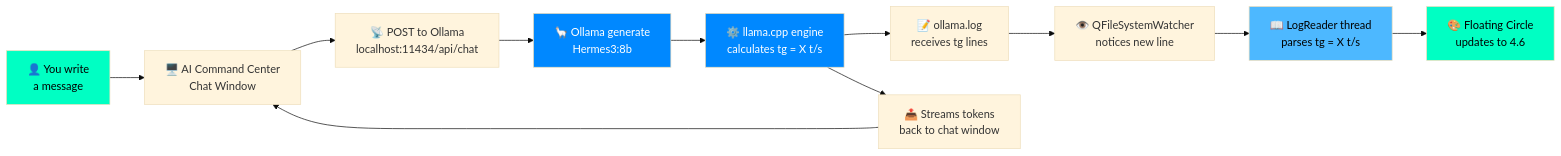
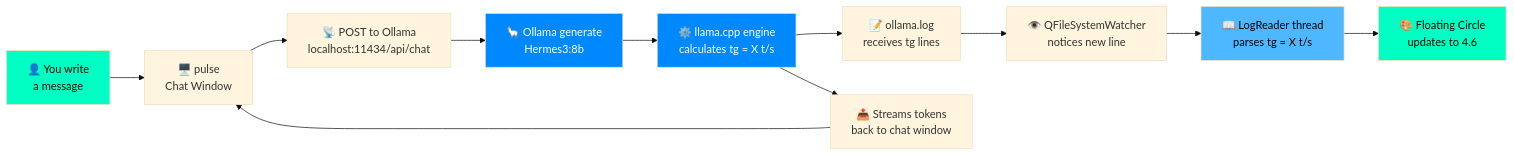
The first of 4 diagrams in README.md (zainosta/pulse), drawn with Mermaid (base theme) before and after one commit. The commit also changed other lines of this file, not shown here.

````diff
--- a/README.md
+++ b/README.md
@@ -93,21 +93,21 @@
 ```mermaid
 flowchart LR
-    A[👤 You write<br/>a message] --> B[🖥️ AI Command Center<br/>Chat Window]
+    A[👤 You write<br/>a message] --> B[🖥️ pulse<br/>Chat Window]
     B --> C[📡 POST to Ollama<br/>localhost:11434/api/chat]
     C --> D[🦙 Ollama generate<br/>Hermes3:8b]
     D --> E[⚙️ llama.cpp engine<br/>calculates tg = X t/s]
     E --> F[📝 ollama.log<br/>receives tg lines]
     E --> G[📤 Streams tokens<br/>back to chat window]
 
     F --> H[👁️ QFileSystemWatcher<br/>notices new line]
     H --> I[📖 LogReader thread<br/>parses tg = X t/s]
     I --> J[🎨 Floating Circle<br/>updates to 4.6]
 
     G --> B
 
     style A fill:#00ffc3,color:#000
     style D fill:#0088ff,color:#fff
     style E fill:#0088ff,color:#fff
     style J fill:#00ffc3,color:#000
     style I fill:#4db8ff,color:#000
 ```
````
